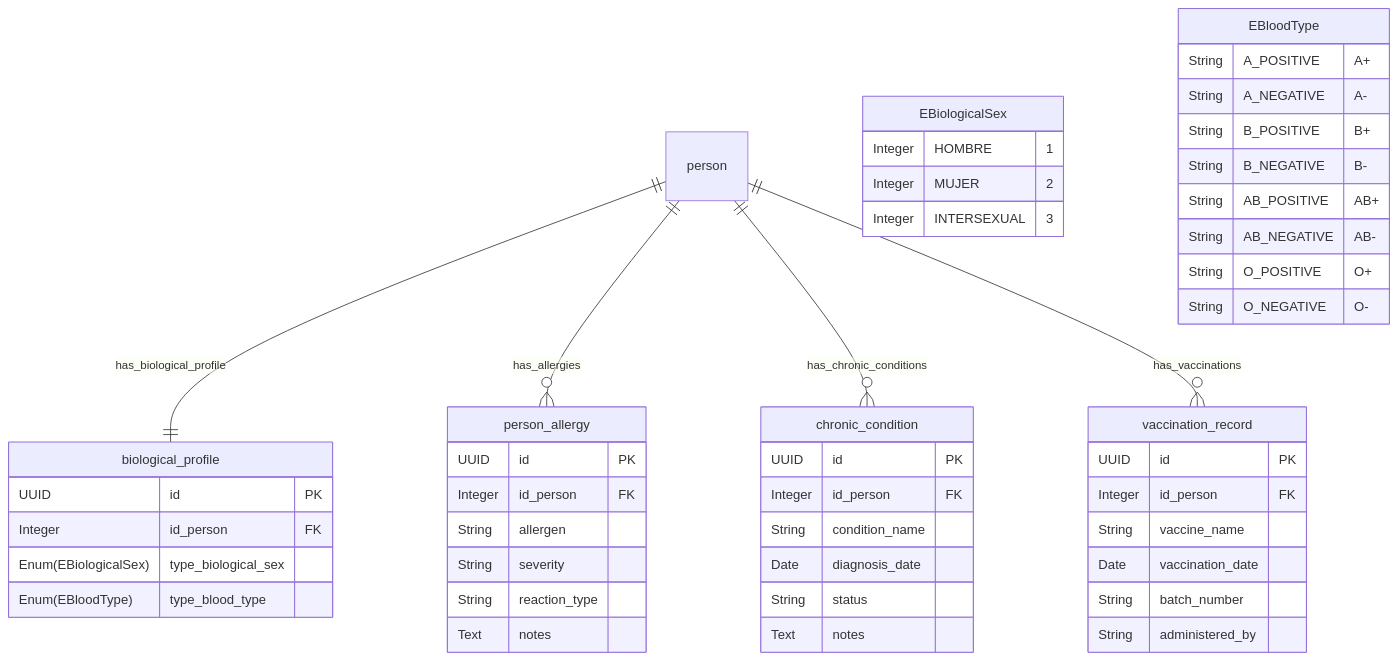
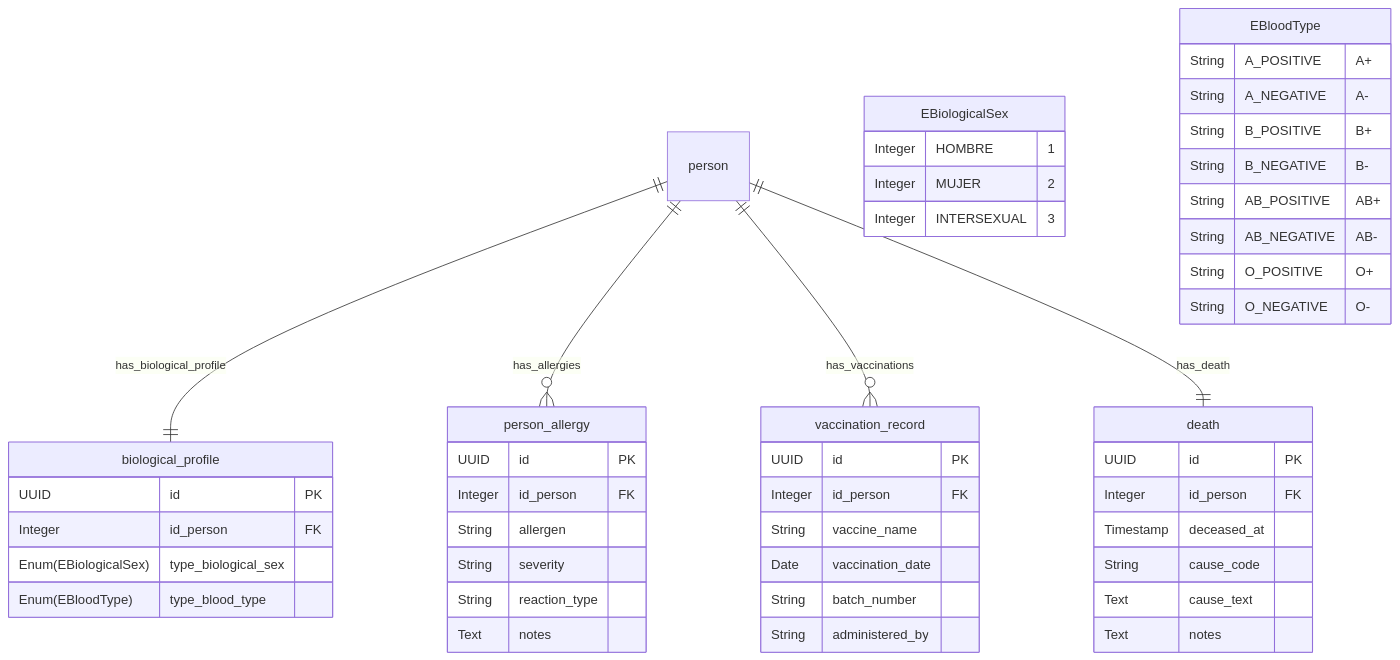
One commit to m4ck-y/dh_docs changed the diagram in db/postgres/health_profile/erd.mmd. Above: the diagram before and after it, drawn with Mermaid. The commit also changed 5 other files, not shown here.

Commit message:
docs(db): add clinical_history schema (condition table); move death to health_profile; drop chronic_condition

```diff
--- a/db/postgres/health_profile/erd.mmd
+++ b/db/postgres/health_profile/erd.mmd
@@ -1,73 +1,75 @@
 erDiagram
     %% HEALTH_PROFILE SCHEMA
     %% Perfil biologico y clinico de la persona
 
     %% REFERENCIAS EXTERNAS
     %% person: definida en schema people
 
     %% RELACIONES
     person ||--|| biological_profile : "has_biological_profile"
     person ||--o{ person_allergy : "has_allergies"
-    person ||--o{ chronic_condition : "has_chronic_conditions"
     person ||--o{ vaccination_record : "has_vaccinations"
+    person ||--|| death : "has_death"
 
     %% ENUMS
     %% EBiologicalSex: sexo biologico (HOMBRE=1, MUJER=2, INTERSEXUAL=3)
     %% EBloodType: tipo de sangre (A+, A-, B+, B-, AB+, AB-, O+, O-)
     EBiologicalSex {
         Integer HOMBRE "1"
         Integer MUJER "2"
         Integer INTERSEXUAL "3"
     }
 
     EBloodType {
         String A_POSITIVE "A+"
         String A_NEGATIVE "A-"
         String B_POSITIVE "B+"
         String B_NEGATIVE "B-"
         String AB_POSITIVE "AB+"
         String AB_NEGATIVE "AB-"
         String O_POSITIVE "O+"
         String O_NEGATIVE "O-"
     }
 
     %% ENTIDADES
     %% biological_profile: perfil biologico de la persona
     %% type_biological_sex: sexo biologico (enum)
     %% type_blood_type: tipo de sangre (enum)
     biological_profile {
         UUID id PK
         Integer id_person FK
         Enum(EBiologicalSex) type_biological_sex
         Enum(EBloodType) type_blood_type
     }
 
     %% person_allergy: alergias del paciente
     person_allergy {
         UUID id PK
         Integer id_person FK
         String allergen
         String severity
         String reaction_type
         Text notes
     }
 
-    %% chronic_condition: condiciones cronicas de salud
-    chronic_condition {
-        UUID id PK
-        Integer id_person FK
-        String condition_name
-        Date diagnosis_date
-        String status
-        Text notes
-    }
-
     %% vaccination_record: historial de vacunacion
     vaccination_record {
         UUID id PK
         Integer id_person FK
         String vaccine_name
         Date vaccination_date
         String batch_number
         String administered_by
     }
+
+    %% death: detalles de fallecimiento (1:1; existe solo si fallecio)
+    %% deceased_at: fecha/hora de fallecimiento (null = fallecio sin fecha conocida)
+    %% cause_code: motivo (codigo CIE-11); cause_text: motivo en texto libre
+    death {
+        UUID id PK
+        Integer id_person FK
+        Timestamp deceased_at
+        String cause_code
+        Text cause_text
+        Text notes
+    }
```
